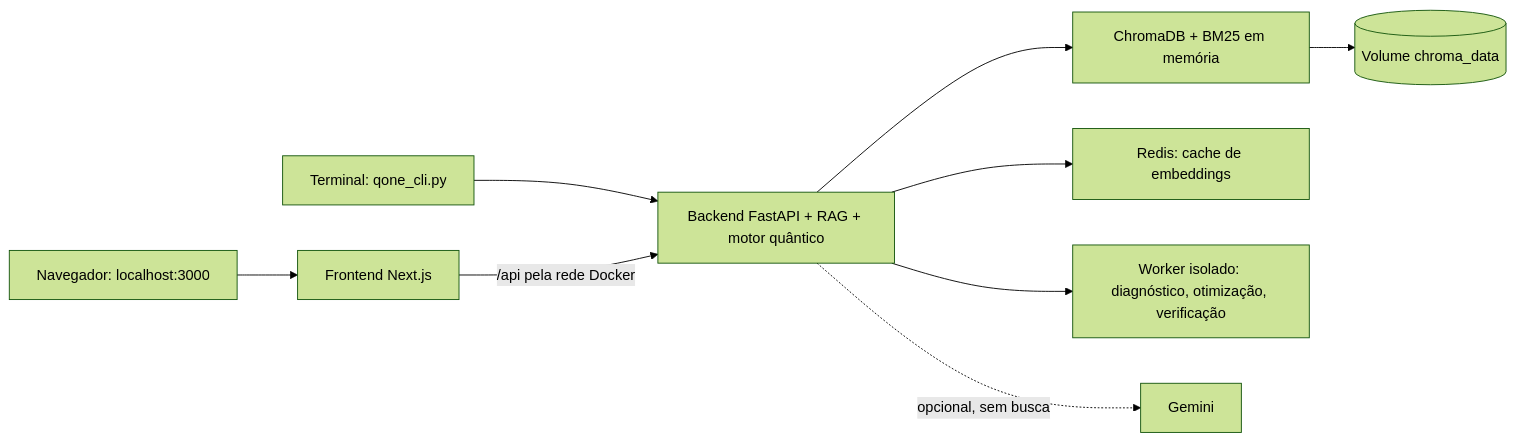
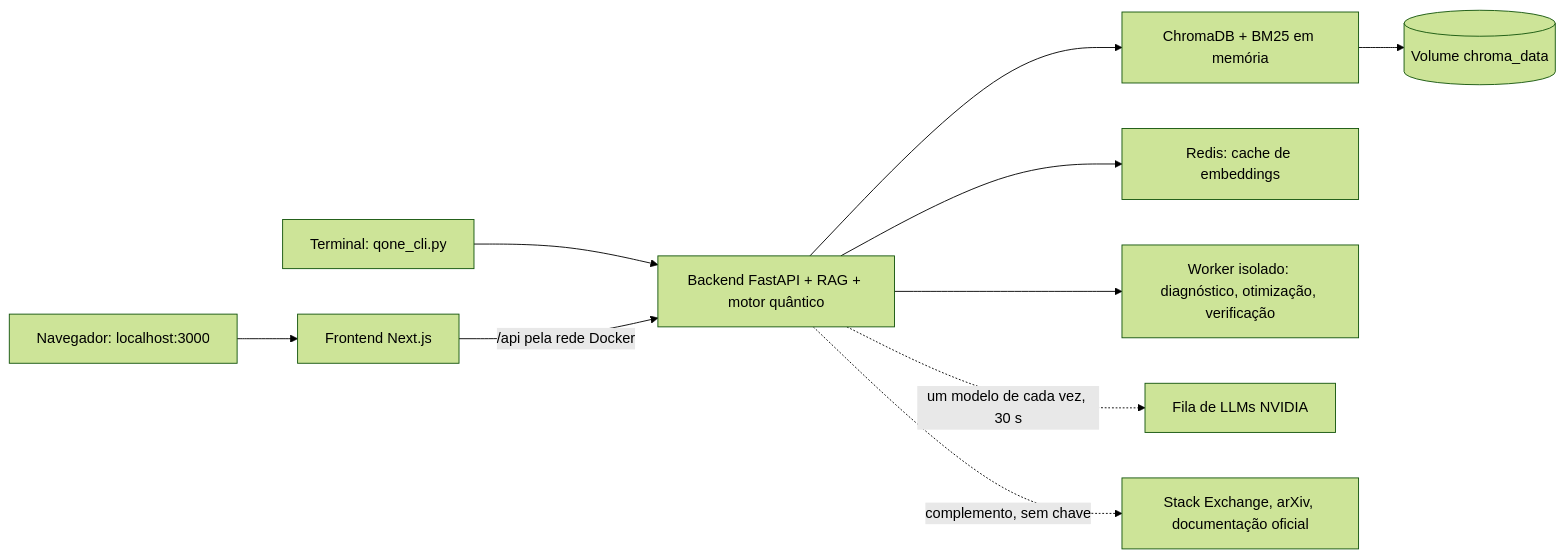
The diagram in README.md (vladtairovic/QuantumOne-atual), drawn with Mermaid (forest theme) before and after one commit. The commit also changed other lines of this file and 58 other files, not shown here.

First line of the commit message:
feat: análise unificada (POST /analise) com fila de LLMs, pesquisa na internet e README atualizado

````diff
--- a/README.md
+++ b/README.md
@@ -45,11 +47,12 @@
 ```mermaid
 flowchart LR
  U[Navegador: localhost:3000] --> F[Frontend Next.js]
  T[Terminal: qone_cli.py] --> A
  F -->|/api pela rede Docker| A[Backend FastAPI + RAG + motor quântico]
  A --> C[ChromaDB + BM25 em memória]
  C --> V[(Volume chroma_data)]
  A --> R[Redis: cache de embeddings]
  A --> W[Worker isolado: diagnóstico, otimização, verificação]
- A -.->|opcional, sem busca| G[Gemini]
+ A -.->|um modelo de cada vez, 30 s| G[Fila de LLMs NVIDIA]
+ A -.->|complemento, sem chave| P[Stack Exchange, arXiv, documentação oficial]
 ```
````
